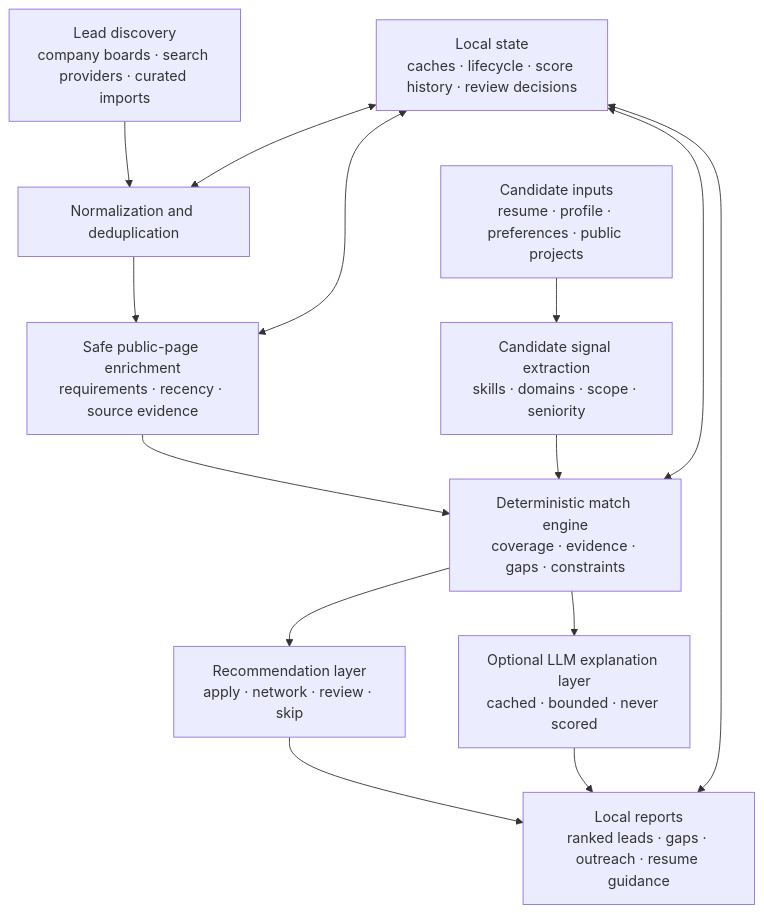
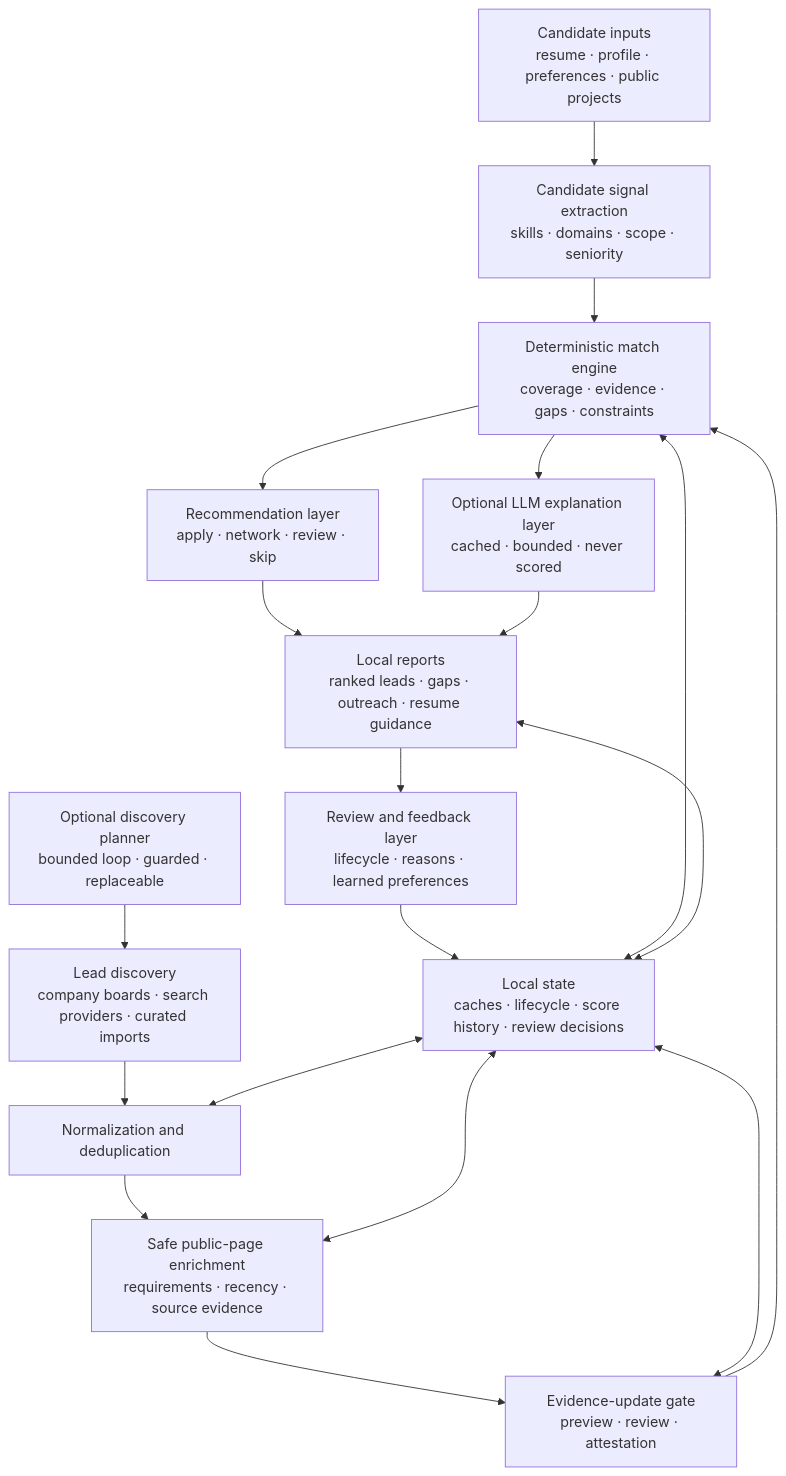
One commit to arathivanchi-max/arathivanchi-max changed the diagram in pitchr-architecture.md. Above: the diagram before and after it, drawn with Mermaid. The commit also changed other lines of this file, not shown here.

Commit message:
Update Pitchr architecture overview for evidence gating, source planning, and feedback layers

````diff
--- a/pitchr-architecture.md
+++ b/pitchr-architecture.md
@@ -33,27 +33,35 @@
 ```mermaid
 flowchart TD
     candidate["Candidate inputs<br/>resume · profile · preferences · public projects"]
+    planner["Optional discovery planner<br/>bounded loop · guarded · replaceable"]
     discovery["Lead discovery<br/>company boards · search providers · curated imports"]
     normalize["Normalization and deduplication"]
     enrich["Safe public-page enrichment<br/>requirements · recency · source evidence"]
+    gate["Evidence-update gate<br/>preview · review · attestation"]
     signals["Candidate signal extraction<br/>skills · domains · scope · seniority"]
     match["Deterministic match engine<br/>coverage · evidence · gaps · constraints"]
     strategy["Recommendation layer<br/>apply · network · review · skip"]
     reports["Local reports<br/>ranked leads · gaps · outreach · resume guidance"]
     explainer["Optional LLM explanation layer<br/>cached · bounded · never scored"]
+    feedback["Review and feedback layer<br/>lifecycle · reasons · learned preferences"]
     state["Local state<br/>caches · lifecycle · score history · review decisions"]
 
     candidate --> signals
+    planner --> discovery
     discovery --> normalize
     normalize --> enrich
-    enrich --> match
+    enrich --> gate
+    gate --> match
     signals --> match
     match --> strategy
     strategy --> reports
     match --> explainer
     explainer --> reports
+    reports --> feedback
+    feedback --> state
     state <--> normalize
     state <--> enrich
+    state <--> gate
     state <--> match
     state <--> reports
 ```
````
